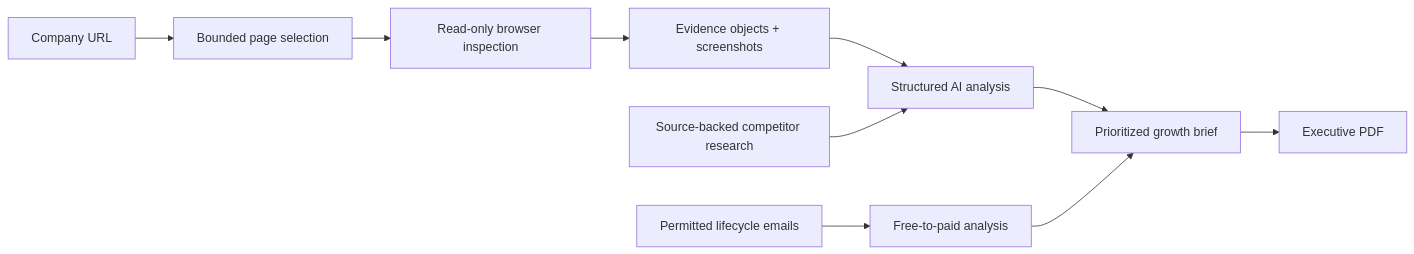
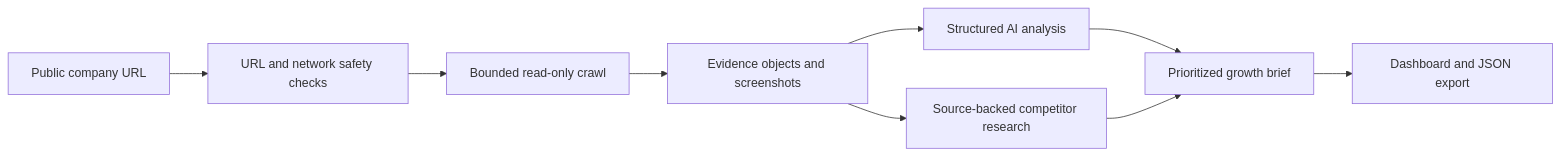
Before and after one commit to Jlopez-nava/ai-growth-intelligence-auditor: the diagram in README.md, drawn with Mermaid. The commit also changed other lines of this file, not shown here.

````diff
--- a/README.md
+++ b/README.md
@@ -37,12 +56,11 @@
 ```mermaid
 flowchart LR
-    A[Company URL] --> B[Bounded page selection]
-    B --> C[Read-only browser inspection]
-    C --> D[Evidence objects + screenshots]
+    A[Public company URL] --> B[URL and network safety checks]
+    B --> C[Bounded read-only crawl]
+    C --> D[Evidence objects and screenshots]
     D --> E[Structured AI analysis]
-    F[Source-backed competitor research] --> E
-    G[Permitted lifecycle emails] --> H[Free-to-paid analysis]
-    E --> I[Prioritized growth brief]
-    H --> I
-    I --> J[Executive PDF]
+    D --> F[Source-backed competitor research]
+    E --> G[Prioritized growth brief]
+    F --> G
+    G --> H[Dashboard and JSON export]
 ```
````
